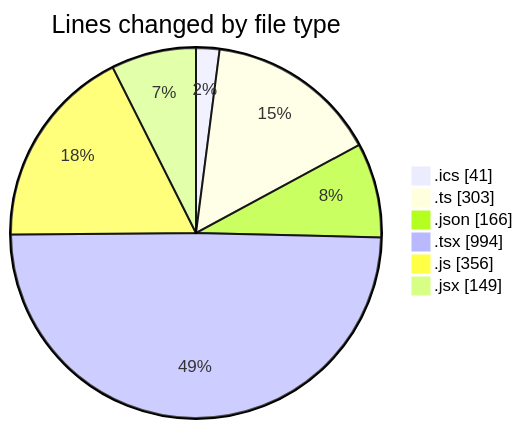
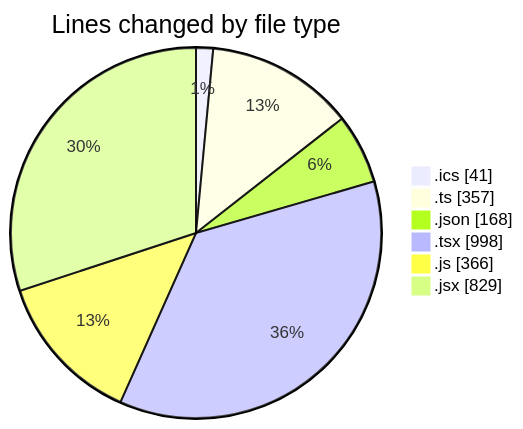
Before and after one commit to momahboobian/code-tracking: the first of 2 diagrams in 2025-10-28/cda/README.md, drawn with Mermaid. The commit also changed other lines of this file and 1 other file, not shown here.

````diff
--- a/2025-10-28/cda/README.md
+++ b/2025-10-28/cda/README.md
@@ -36,10 +37,10 @@
 ```mermaid
 pie showData
 title Lines changed by file type
 ".ics" : 41
-".ts" : 303
-".json" : 166
-".tsx" : 994
-".js" : 356
-".jsx" : 149
+".ts" : 357
+".json" : 168
+".tsx" : 998
+".js" : 366
+".jsx" : 829
 ```
````
